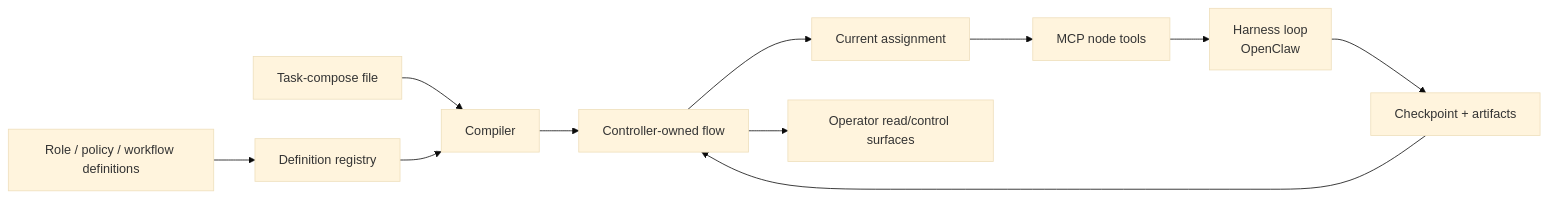
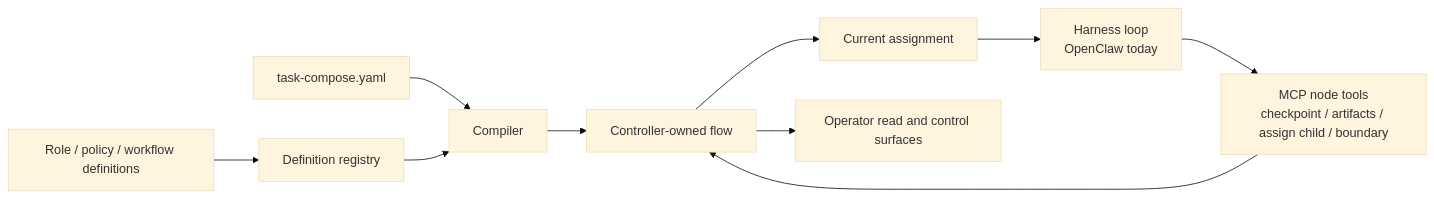
One commit to ringlochid/AutoClaw changed the diagram in README.md. Above: the diagram before and after it, drawn with Mermaid (base theme). The commit also changed other lines of this file and 30 other files, not shown here.

First line of the commit message:
Enhance documentation and setup for OpenClaw integration

````diff
--- a/README.md
+++ b/README.md
@@ -160,13 +181,12 @@
 ```mermaid
 flowchart LR
     D[Role / policy / workflow definitions] --> R[Definition registry]
-    T[Task-compose file] --> C[Compiler]
+    T[task-compose.yaml] --> C[Compiler]
     R --> C
     C --> F[Controller-owned flow]
     F --> A[Current assignment]
-    A --> M[MCP node tools]
-    M --> H[Harness loop<br/>OpenClaw]
-    H --> P[Checkpoint + artifacts]
-    P --> F
-    F --> O[Operator read/control surfaces]
+    A --> H[Harness loop<br/>OpenClaw today]
+    H --> N[MCP node tools<br/>checkpoint / artifacts / assign child / boundary]
+    N --> F
+    F --> O[Operator read and control surfaces]
 ```
````
